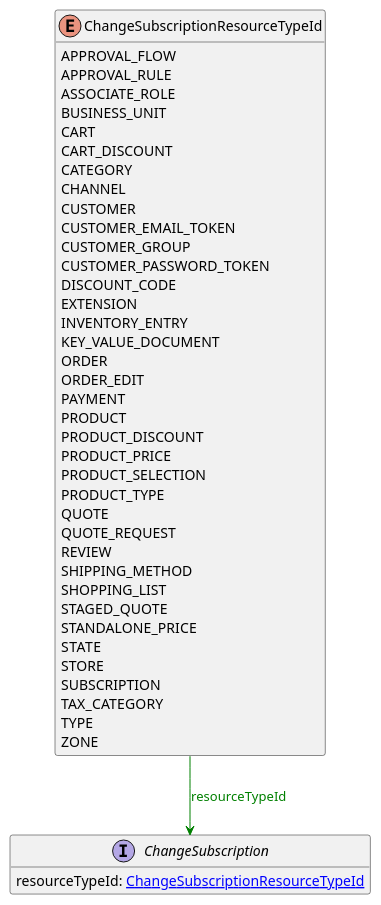
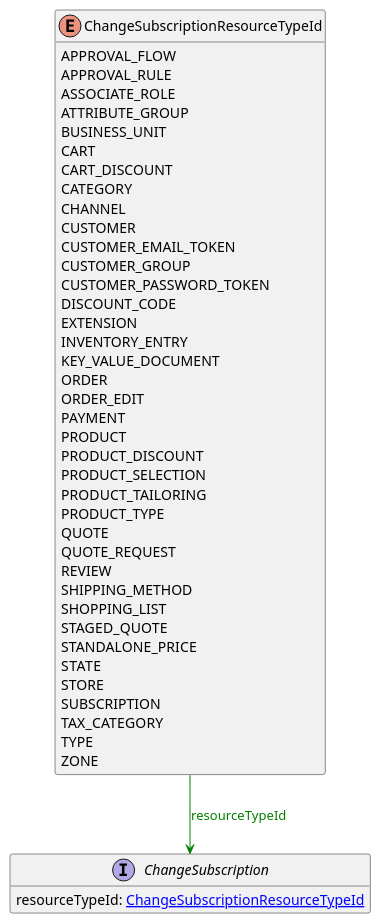
Before and after one commit to commercetools/commercetools-api-reference: the diagram in uml/api/ChangeSubscriptionResourceTypeId.puml, drawn with PlantUML. The commit also changed 2 other files, not shown here.

```diff
--- a/uml/api/ChangeSubscriptionResourceTypeId.puml
+++ b/uml/api/ChangeSubscriptionResourceTypeId.puml
@@ -1,47 +1,48 @@
 @startuml
 
 hide methods
 enum ChangeSubscriptionResourceTypeId {
     APPROVAL_FLOW
     APPROVAL_RULE
     ASSOCIATE_ROLE
+    ATTRIBUTE_GROUP
     BUSINESS_UNIT
     CART
     CART_DISCOUNT
     CATEGORY
     CHANNEL
     CUSTOMER
     CUSTOMER_EMAIL_TOKEN
     CUSTOMER_GROUP
     CUSTOMER_PASSWORD_TOKEN
     DISCOUNT_CODE
     EXTENSION
     INVENTORY_ENTRY
     KEY_VALUE_DOCUMENT
     ORDER
     ORDER_EDIT
     PAYMENT
     PRODUCT
     PRODUCT_DISCOUNT
-    PRODUCT_PRICE
     PRODUCT_SELECTION
+    PRODUCT_TAILORING
     PRODUCT_TYPE
     QUOTE
     QUOTE_REQUEST
     REVIEW
     SHIPPING_METHOD
     SHOPPING_LIST
     STAGED_QUOTE
     STANDALONE_PRICE
     STATE
     STORE
     SUBSCRIPTION
     TAX_CATEGORY
     TYPE
     ZONE
 }
 interface ChangeSubscription [[ChangeSubscription.svg]]  {
     resourceTypeId: [[ChangeSubscriptionResourceTypeId.svg ChangeSubscriptionResourceTypeId]]
 }
 ChangeSubscriptionResourceTypeId --> ChangeSubscription #green;text:green : "resourceTypeId"
 @enduml
```
